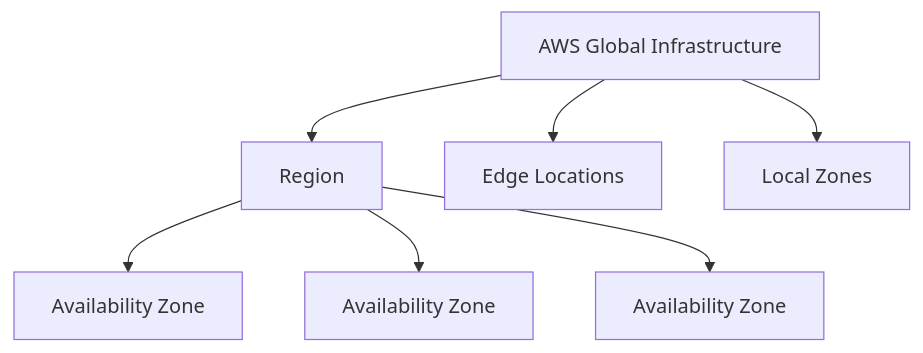
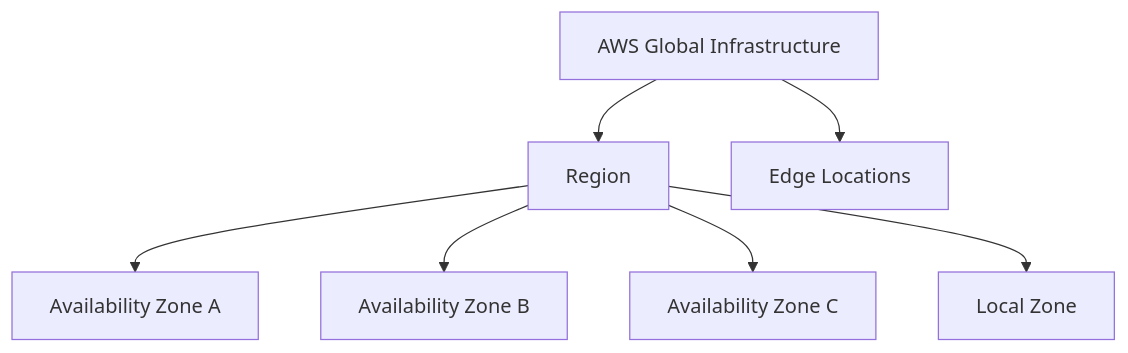
Before and after one commit to noir1458/noir1458.github.io: the fourth of 5 diagrams in content/posts/02.Security/aws/aws-ccp-1/index.md, drawn with Mermaid. The commit also changed other lines of this file and 4 other files, not shown here.

````diff
--- a/content/posts/02.Security/aws/aws-ccp-1/index.md
+++ b/content/posts/02.Security/aws/aws-ccp-1/index.md
@@ -338,10 +149,9 @@
 ```mermaid
 flowchart TD
-    AWS[AWS Global Infrastructure]
-    AWS --> R1[Region]
-    R1 --> AZ1[Availability Zone]
-    R1 --> AZ2[Availability Zone]
-    R1 --> AZ3[Availability Zone]
-    AWS --> EDGE[Edge Locations]
-    AWS --> LZ[Local Zones]
+    G[AWS Global Infrastructure] --> R[Region]
+    R --> A1[Availability Zone A]
+    R --> A2[Availability Zone B]
+    R --> A3[Availability Zone C]
+    G --> E[Edge Locations]
+    R --> L[Local Zone]
 ```
````
